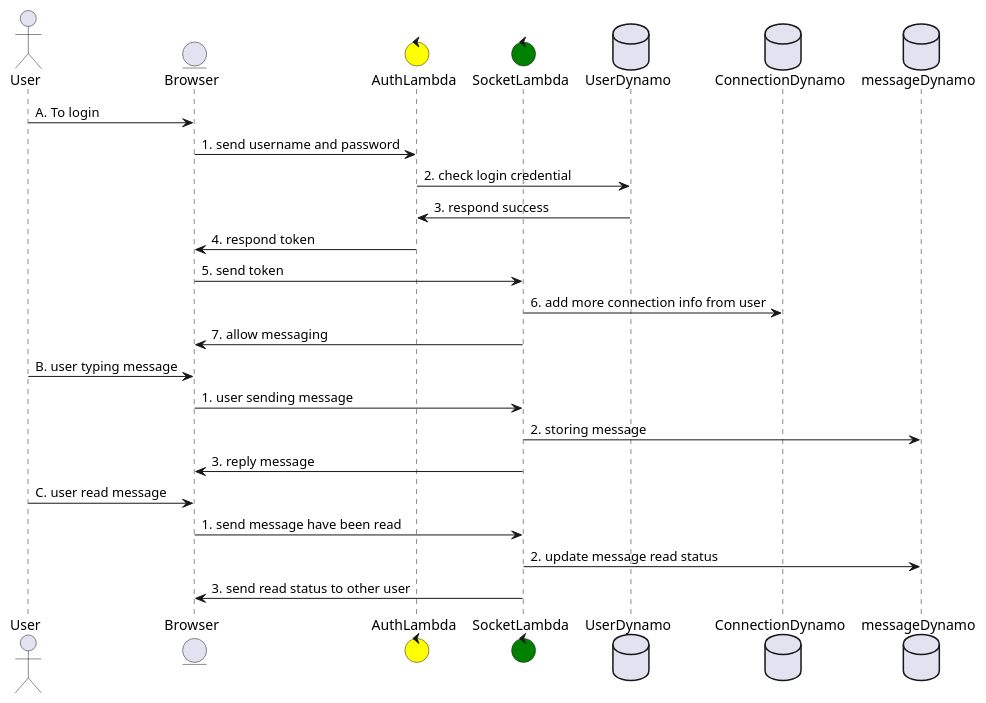
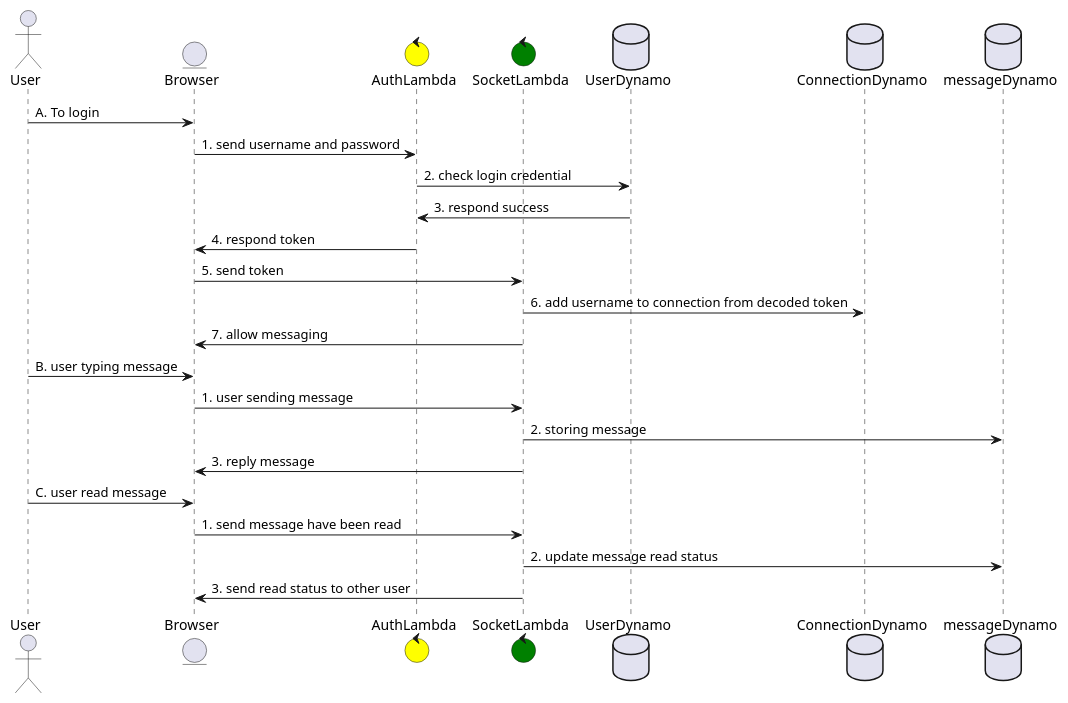
One commit to voathnak/test-websocket-react-app changed the diagram in documentations/sequence.plantuml. Above: the diagram before and after it, drawn with PlantUML. The commit also changed 16 other files, not shown here.

Commit message:
A.6. Add username to connection from decoded token

```diff
--- a/documentations/sequence.plantuml
+++ b/documentations/sequence.plantuml
@@ -1,29 +1,29 @@
 @startuml
 '!theme spacelab
 actor       User
 Entity     Browser
 control     AuthLambda #yellow
 control     SocketLambda #green
 database    UserDynamo
 database    ConnectionDynamo
 database    messageDynamo
 
 User -> Browser : A. To login
 Browser -> AuthLambda : 1. send username and password
 AuthLambda -> UserDynamo: 2. check login credential
 'UserDynamo --> AuthLambda: respond failed
 UserDynamo -> AuthLambda: 3. respond success
 'AuthLambda --> Browser: respond 401
 AuthLambda -> Browser: 4. respond token
 Browser -> SocketLambda: 5. send token
-SocketLambda -> ConnectionDynamo : 6. add more connection info from user
+SocketLambda -> ConnectionDynamo : 6. add username to connection from decoded token
 SocketLambda -> Browser: 7. allow messaging
 User -> Browser: B. user typing message
 Browser -> SocketLambda: 1. user sending message
 SocketLambda -> messageDynamo: 2. storing message
 SocketLambda -> Browser: 3. reply message
 User -> Browser: C. user read message
 Browser -> SocketLambda: 1. send message have been read
 SocketLambda -> messageDynamo: 2. update message read status
 SocketLambda -> Browser: 3. send read status to other user
 @enduml
```
